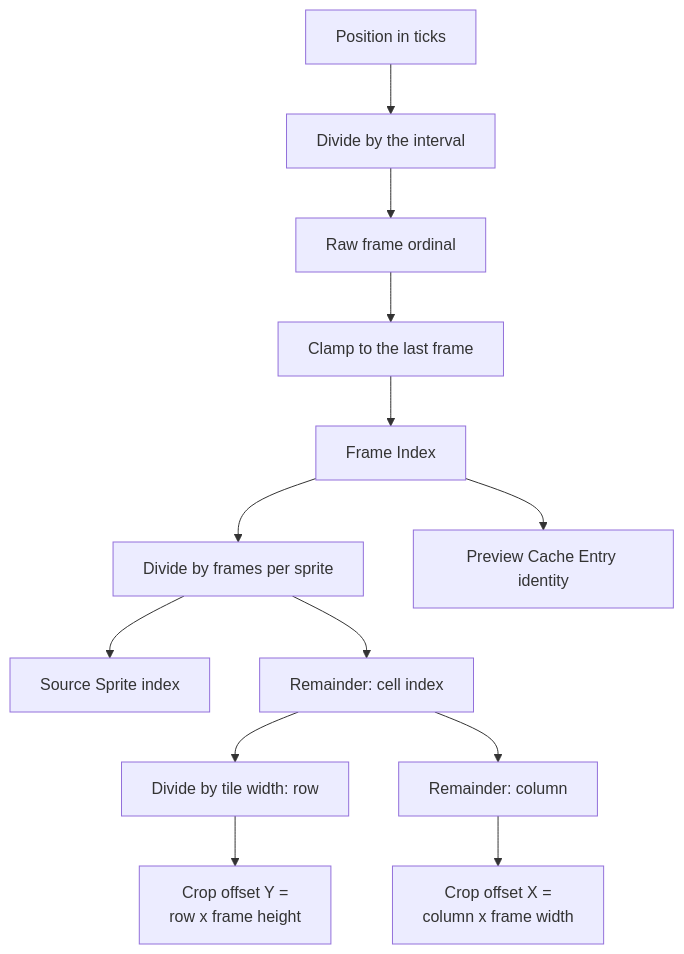
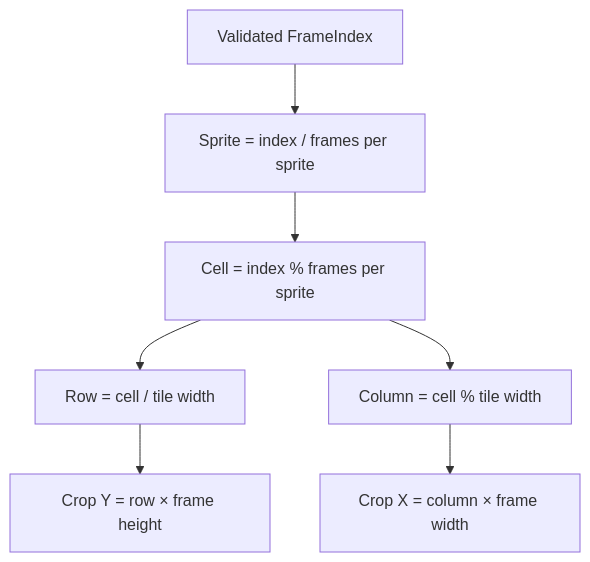
One commit to xiakeng/trickplay-cropper changed the diagram in docs/business/lifecycle/frame-selection.md. Above: the diagram before and after it, drawn with Mermaid. The commit also changed other lines of this file and 25 other files, not shown here.

````diff
--- a/docs/business/lifecycle/frame-selection.md
+++ b/docs/business/lifecycle/frame-selection.md
@@ -54,17 +34,9 @@
 ```mermaid
 flowchart TD
-    P["Position in ticks"] --> D["Divide by the interval"]
-    D --> R["Raw frame ordinal"]
-    R --> C["Clamp to the last frame"]
-    C --> F["Frame Index"]
-
-    F --> S["Divide by frames per sprite"]
-    S --> SI["Source Sprite index"]
-    S --> CE["Remainder: cell index"]
-    CE --> ROW["Divide by tile width: row"]
-    CE --> COL["Remainder: column"]
-
-    COL --> X["Crop offset X =<br/>column x frame width"]
-    ROW --> Y["Crop offset Y =<br/>row x frame height"]
-    F --> ID["Preview Cache Entry identity"]
+    F["Validated FrameIndex"] --> S["Sprite = index / frames per sprite"]
+    S --> C["Cell = index % frames per sprite"]
+    C --> R["Row = cell / tile width"]
+    C --> Col["Column = cell % tile width"]
+    R --> Y["Crop Y = row × frame height"]
+    Col --> X["Crop X = column × frame width"]
 ```
````
